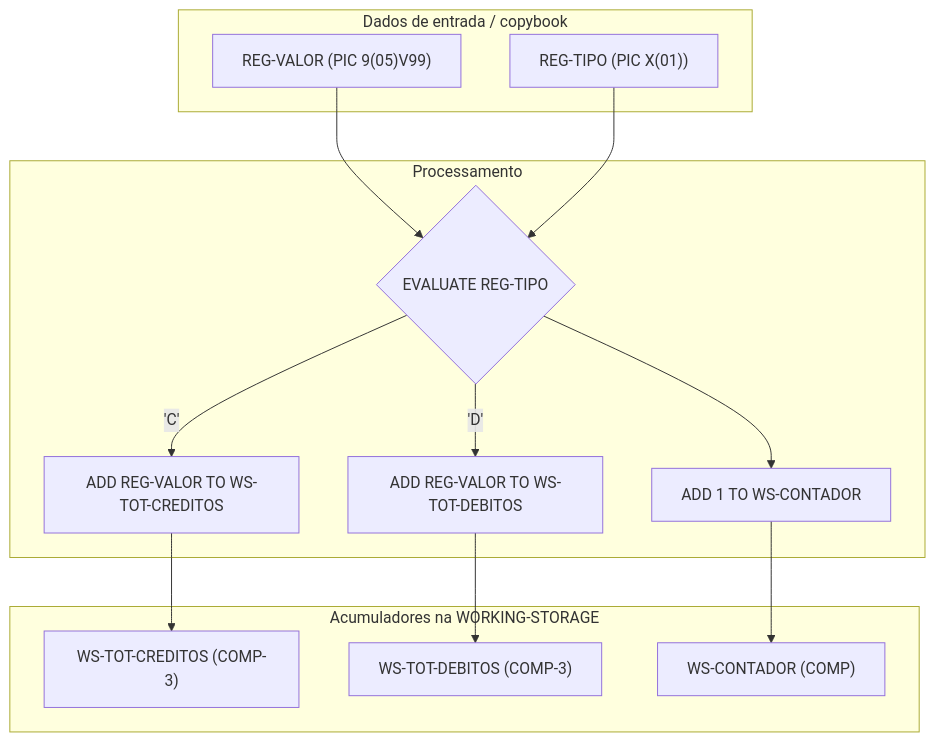
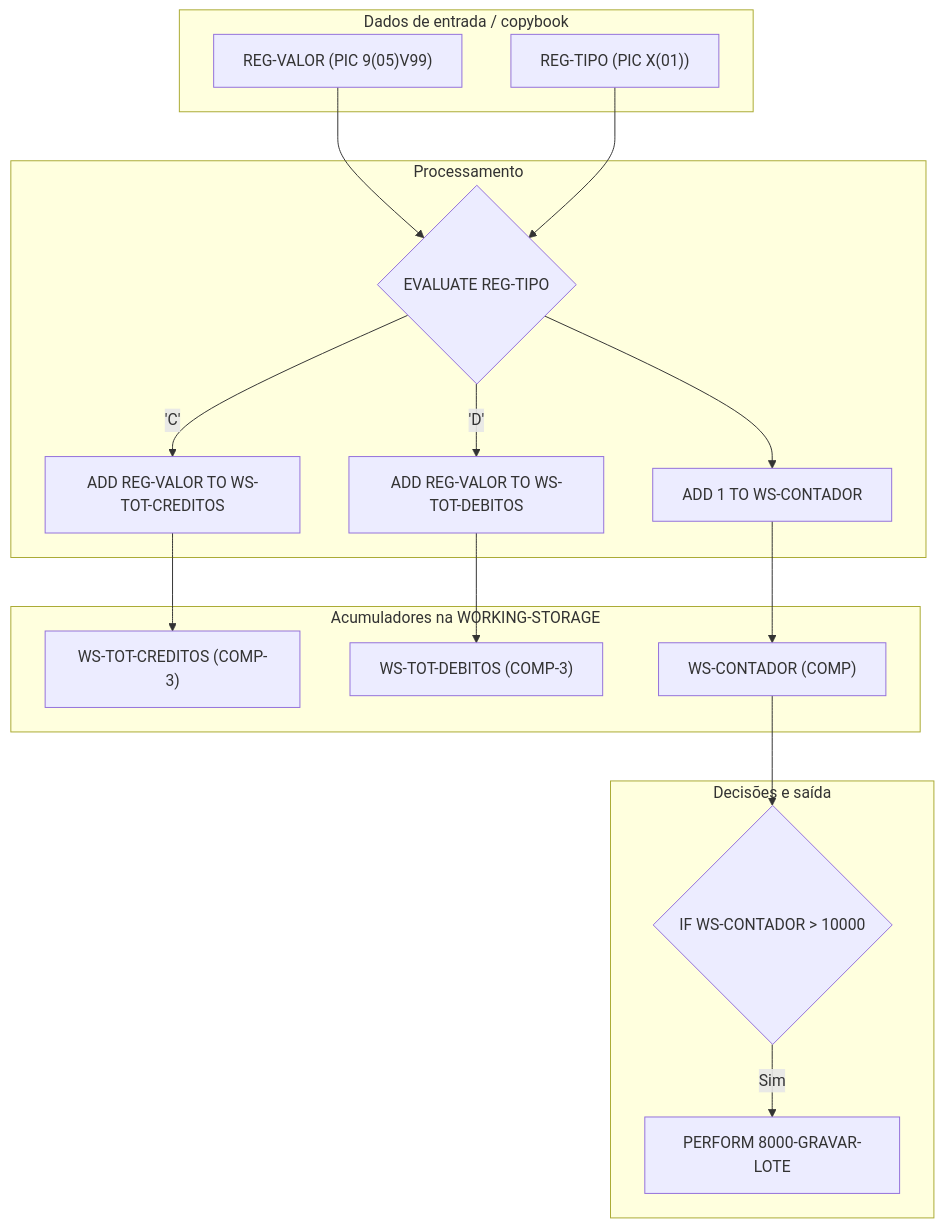
The diagram in catalog/agents_skills/cobol/skills/cobol-explica-variaveis/SKILL_COBOL_EXPLICA_VARIAVEIS.md (danielbissacot/hub_foursys_spdd), drawn with Mermaid before and after one commit. The commit also changed other lines of this file and 6 other files, not shown here.

````diff
--- a/catalog/agents_skills/cobol/skills/cobol-explica-variaveis/SKILL_COBOL_EXPLICA_VARIAVEIS.md
+++ b/catalog/agents_skills/cobol/skills/cobol-explica-variaveis/SKILL_COBOL_EXPLICA_VARIAVEIS.md
@@ -75,23 +97,29 @@
 ```mermaid
 flowchart TD
     subgraph ENTRADA["Dados de entrada / copybook"]
         A["REG-VALOR (PIC 9(05)V99)"]
         B["REG-TIPO (PIC X(01))"]
     end
     subgraph MUTADORES["Processamento"]
         C{"EVALUATE REG-TIPO"}
         D["ADD REG-VALOR TO WS-TOT-CREDITOS"]
         E["ADD REG-VALOR TO WS-TOT-DEBITOS"]
         F["ADD 1 TO WS-CONTADOR"]
     end
     subgraph MEMORIA["Acumuladores na WORKING-STORAGE"]
         G["WS-TOT-CREDITOS (COMP-3)"]
         H["WS-TOT-DEBITOS (COMP-3)"]
         I["WS-CONTADOR (COMP)"]
     end
+    subgraph DECISAO["Decisões e saída"]
+        J{"IF WS-CONTADOR > 10000"}
+        K["PERFORM 8000-GRAVAR-LOTE"]
+    end
     A --> C
     B --> C
     C -- "'C'" --> D --> G
     C -- "'D'" --> E --> H
     C --> F --> I
+    I --> J
+    J -- "Sim" --> K
 ```
````
